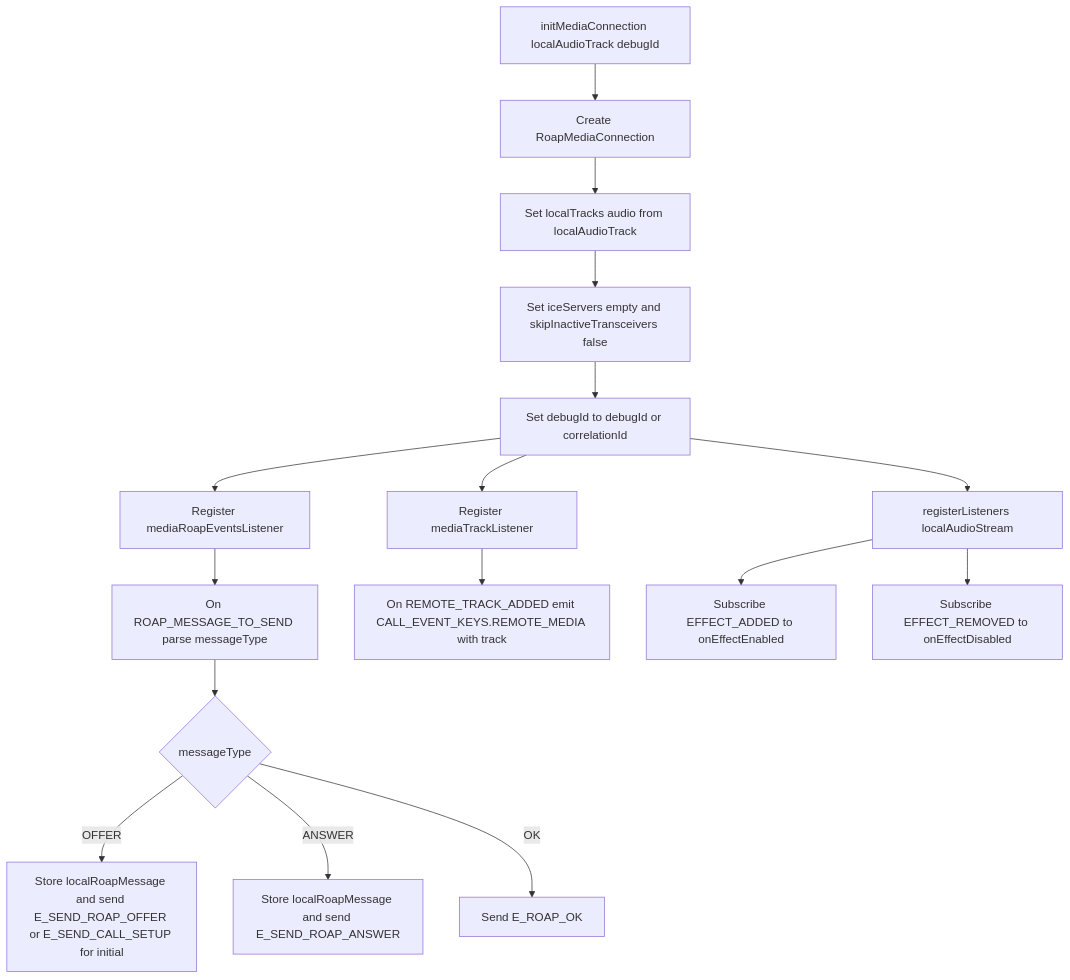
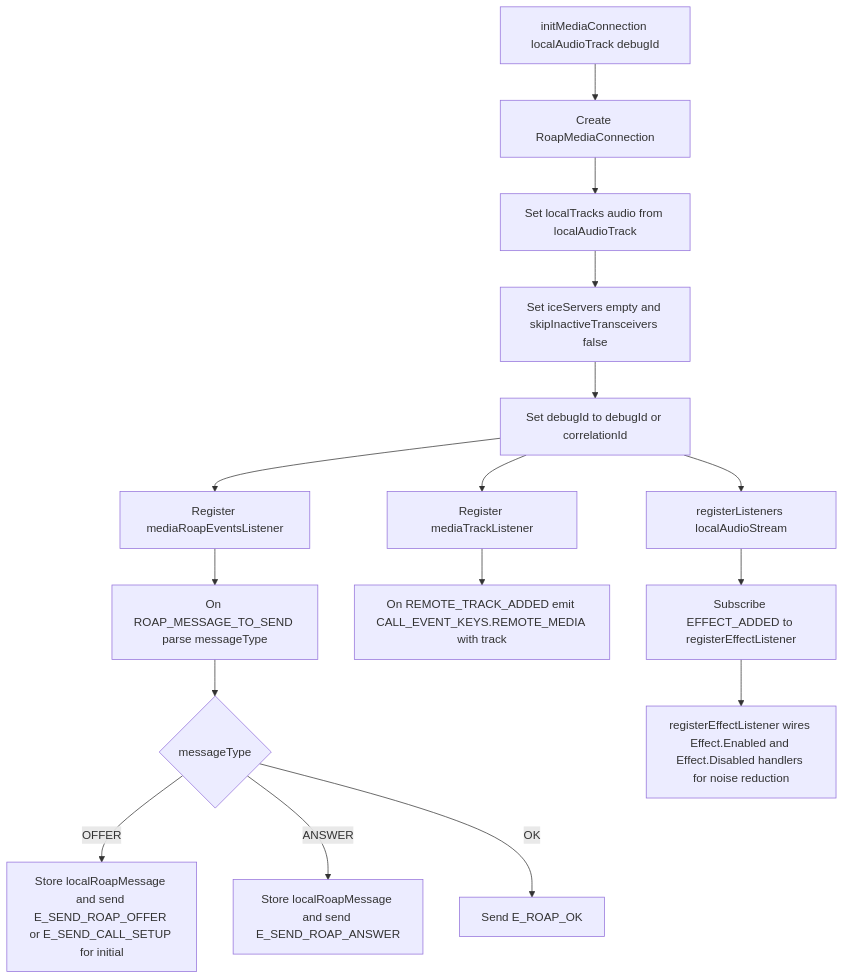
One commit to webex/webex-js-sdk changed diagram 11 of 16 in packages/calling/src/CallingClient/calling/ai-docs/ARCHITECTURE.md. Above: the diagram before and after it, drawn with Mermaid. The commit also changed other lines of this file and 6 other files, not shown here.

````diff
--- a/packages/calling/src/CallingClient/calling/ai-docs/ARCHITECTURE.md
+++ b/packages/calling/src/CallingClient/calling/ai-docs/ARCHITECTURE.md
@@ -581,21 +580,21 @@
 ```mermaid
 flowchart TD
     A[initMediaConnection localAudioTrack debugId] --> B[Create RoapMediaConnection]
     B --> C[Set localTracks audio from localAudioTrack]
     C --> D[Set iceServers empty and skipInactiveTransceivers false]
     D --> E[Set debugId to debugId or correlationId]
 
     E --> F[Register mediaRoapEventsListener]
     F --> G[On ROAP_MESSAGE_TO_SEND parse messageType]
     G --> H{messageType}
     H -->|OFFER| H1[Store localRoapMessage and send E_SEND_ROAP_OFFER or E_SEND_CALL_SETUP for initial]
     H -->|ANSWER| H2[Store localRoapMessage and send E_SEND_ROAP_ANSWER]
     H -->|OK| H3[Send E_ROAP_OK]
 
     E --> I[Register mediaTrackListener]
     I --> J[On REMOTE_TRACK_ADDED emit CALL_EVENT_KEYS.REMOTE_MEDIA with track]
 
     E --> K[registerListeners localAudioStream]
-    K --> L[Subscribe EFFECT_ADDED to onEffectEnabled]
-    K --> M[Subscribe EFFECT_REMOVED to onEffectDisabled]
+    K --> L[Subscribe EFFECT_ADDED to registerEffectListener]
+    L --> M[registerEffectListener wires Effect.Enabled and Effect.Disabled handlers for noise reduction]
 ```
````
